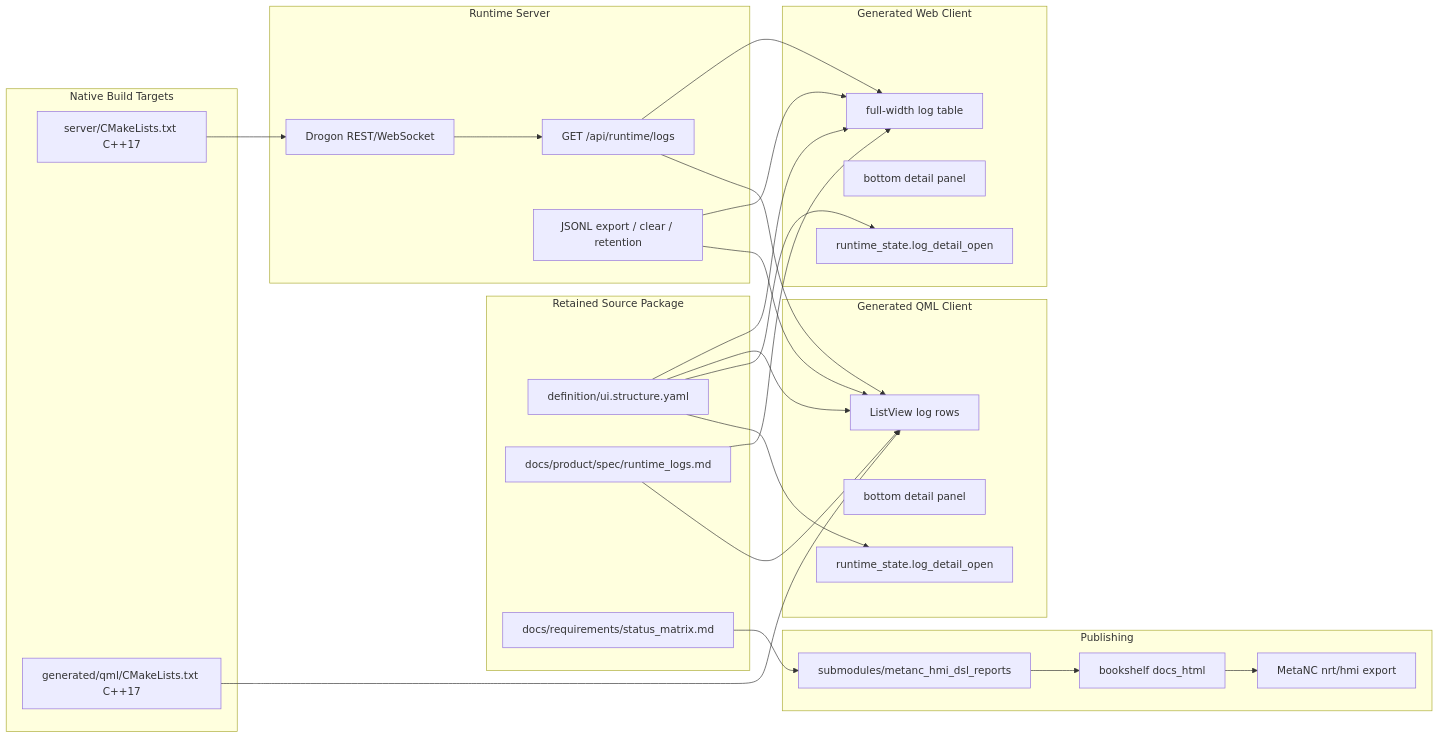
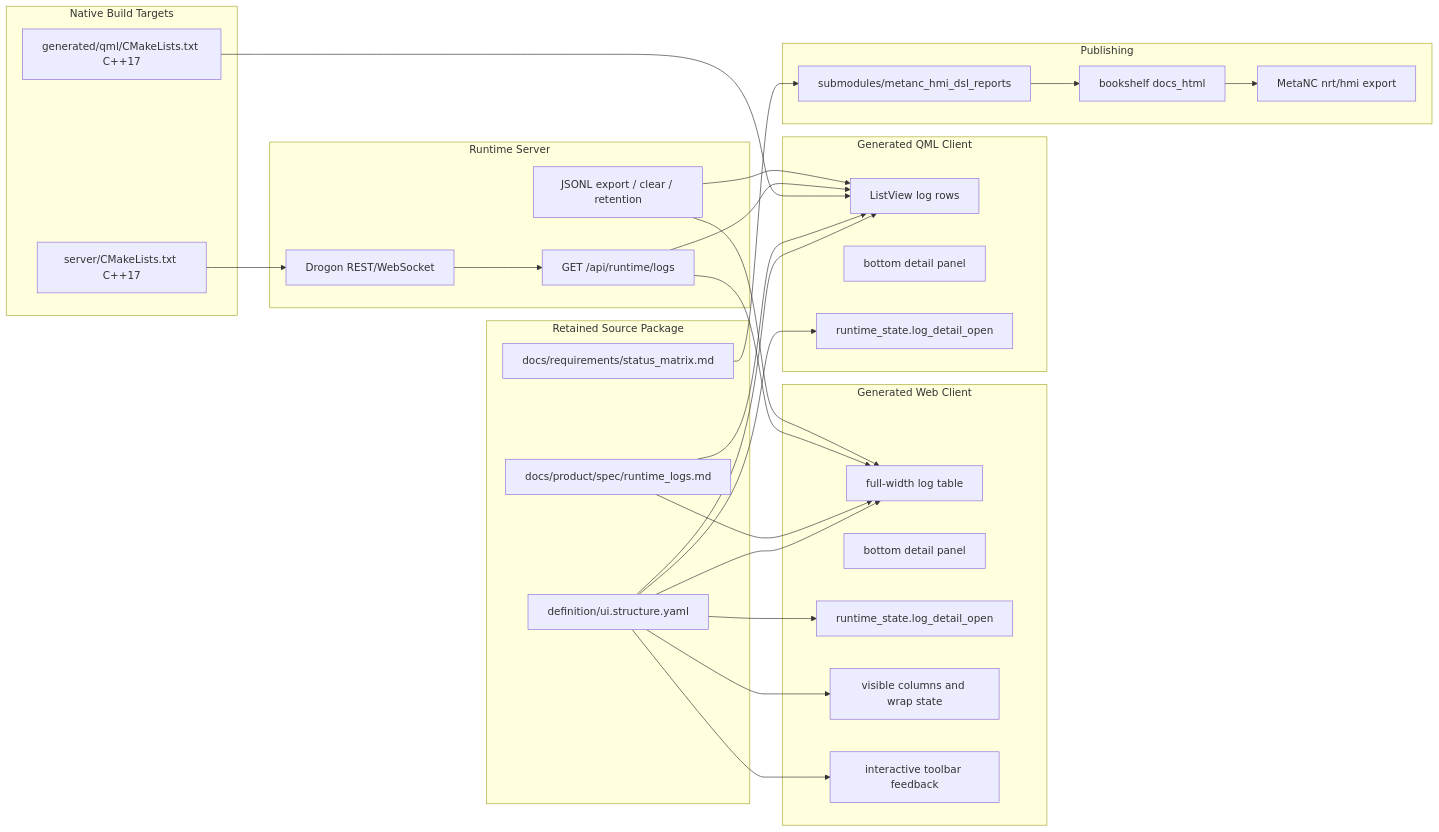
Before and after one commit to luppiterw/metanc_hmi_dsl_reports: the diagram in 2026-05-06-codex-session/architecture-diagram.md, drawn with Mermaid. The commit also changed other lines of this file and 16 other files, not shown here.

````diff
--- a/2026-05-06-codex-session/architecture-diagram.md
+++ b/2026-05-06-codex-session/architecture-diagram.md
@@ -3,54 +3,58 @@
 ```mermaid
 flowchart LR
     subgraph Source["Retained Source Package"]
         A[definition/ui.structure.yaml]
         B[docs/product/spec/runtime_logs.md]
         C[docs/requirements/status_matrix.md]
     end
 
     subgraph Build["Native Build Targets"]
         D[server/CMakeLists.txt C++17]
         E[generated/qml/CMakeLists.txt C++17]
     end
 
     subgraph Web["Generated Web Client"]
         F[full-width log table]
         G[bottom detail panel]
         H[runtime_state.log_detail_open]
+        H1[visible columns and wrap state]
+        H2[interactive toolbar feedback]
     end
 
     subgraph QML["Generated QML Client"]
         I[ListView log rows]
         J[bottom detail panel]
         K[runtime_state.log_detail_open]
     end
 
     subgraph Runtime["Runtime Server"]
         L[Drogon REST/WebSocket]
         M[GET /api/runtime/logs]
         N[JSONL export / clear / retention]
     end
 
     subgraph Docs["Publishing"]
         O[submodules/metanc_hmi_dsl_reports]
         P[bookshelf docs_html]
         Q[MetaNC nrt/hmi export]
     end
 
     A --> F
     A --> I
     A --> H
     A --> K
+    A --> H1
+    A --> H2
     B --> F
     B --> I
     C --> O
     D --> L
     E --> I
     L --> M
     M --> F
     M --> I
     N --> F
     N --> I
     O --> P
     P --> Q
 ```
````
